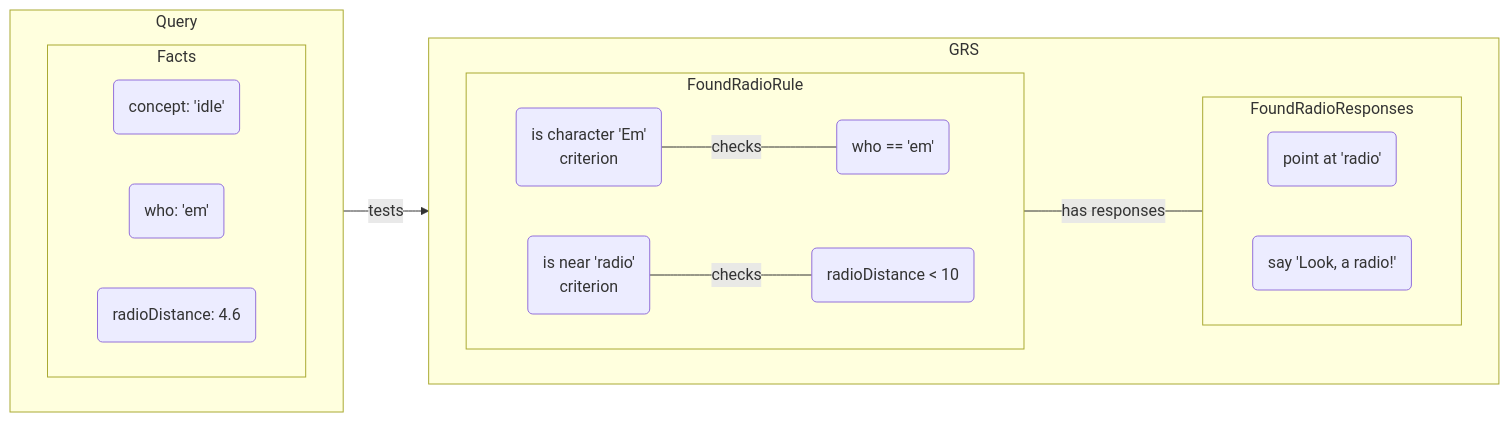
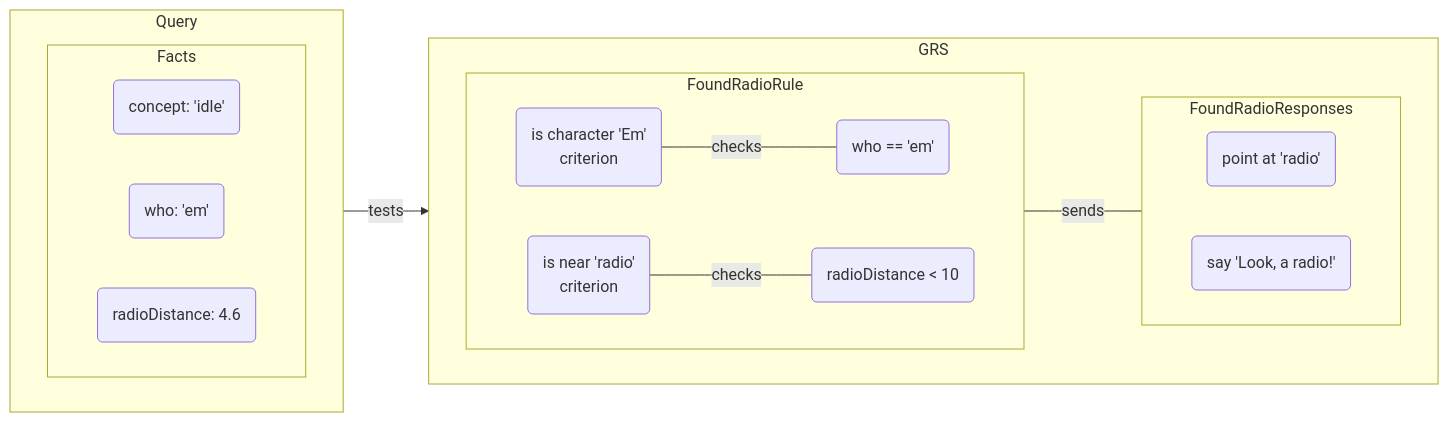
The first of 3 diagrams in README.md (DanielOaks/GodotResponseSystem), drawn with Mermaid before and after one commit.

Commit message:
Improve diagram

````diff
--- a/README.md
+++ b/README.md
@@ -28,28 +28,28 @@
 ```mermaid
 flowchart LR
     subgraph Query
         direction LR
         subgraph Facts
         	direction LR
             ConceptFact(concept: 'idle')
             WhoFact(who: 'em')
             RadioDistanceFact(radioDistance: 4.6)
         end
     end
 	Query -->|tests| FoundRadioRule
 	subgraph GRS
         direction LR
 		subgraph FoundRadioRule
         	direction LR
 			Criterion1(is character 'Em'<br>criterion) ---|checks| Fact1(who == 'em')
 			Criterion2(is near 'radio'<br>criterion) ---|checks| Fact2(radioDistance < 10)
 		end
 		subgraph FoundRadioResponses
 			direction LR
 			Response1(point at 'radio')
 			Response2(say 'Look, a radio!')
 		end
 
-		FoundRadioRule ---|has responses| FoundRadioResponses
+		FoundRadioRule ---|sends| FoundRadioResponses
 	end
 ```
````
